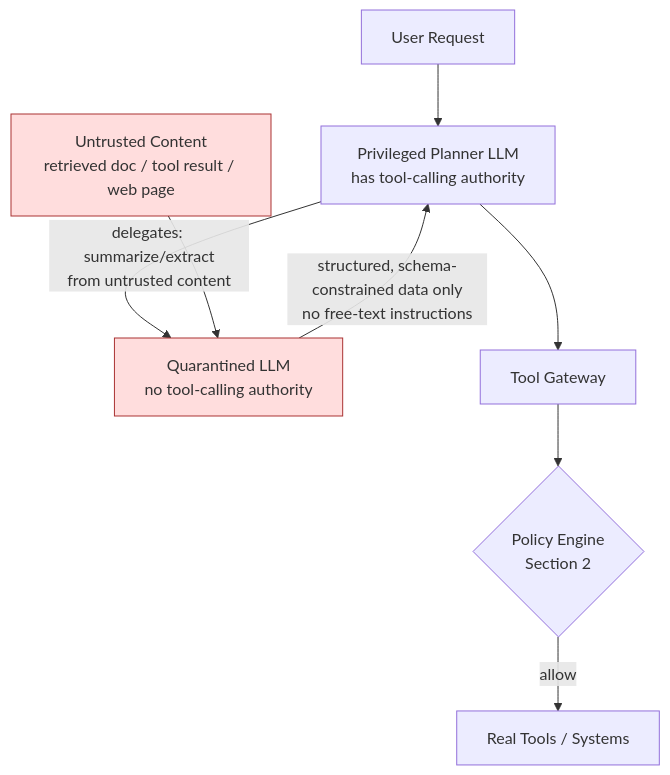
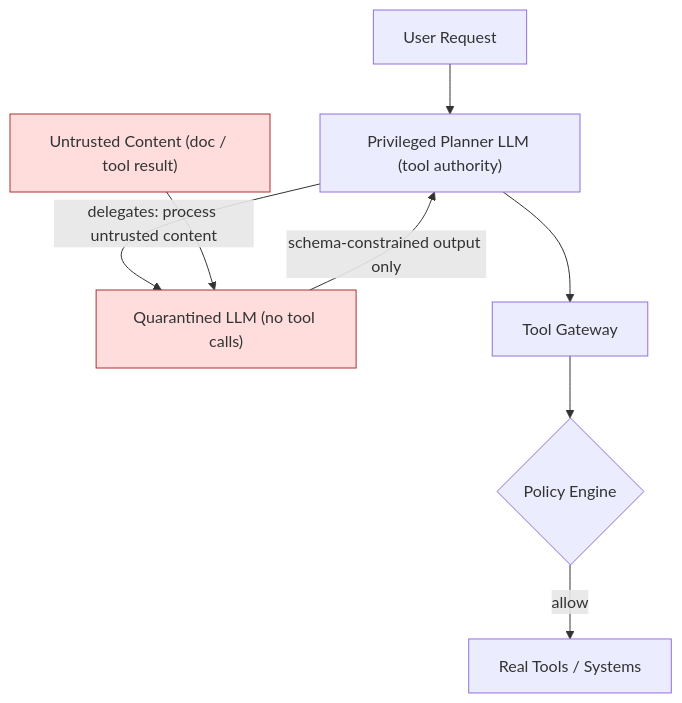
One commit to dsgouda7/ai-portfolio changed the third of 3 diagrams in learning/agentic-ai-system-design/11-governance-guardrails-and-security.md. Above: the diagram before and after it, drawn with Mermaid. The commit also changed other lines of this file and 11 other files, not shown here.

````diff
--- a/learning/agentic-ai-system-design/11-governance-guardrails-and-security.md
+++ b/learning/agentic-ai-system-design/11-governance-guardrails-and-security.md
@@ -373,12 +373,12 @@
 ```mermaid
 flowchart TD
-    User[User Request] --> Planner[Privileged Planner LLM\nhas tool-calling authority]
-    Planner -->|delegates: summarize/extract\nfrom untrusted content| Quarantine[Quarantined LLM\nno tool-calling authority]
-    Untrusted[Untrusted Content\nretrieved doc / tool result / web page] --> Quarantine
-    Quarantine -->|structured, schema-constrained data only\nno free-text instructions| Planner
-    Planner --> ToolGateway[Tool Gateway] --> PolicyCheck{Policy Engine\nSection 2}
+    User[User Request] --> Planner["Privileged Planner LLM (tool authority)"]
+    Planner -->|delegates: process untrusted content| Quarantine["Quarantined LLM (no tool calls)"]
+    Untrusted["Untrusted Content (doc / tool result)"] --> Quarantine
+    Quarantine -->|schema-constrained output only| Planner
+    Planner --> ToolGateway[Tool Gateway] --> PolicyCheck{Policy Engine}
     PolicyCheck -->|allow| Tools[Real Tools / Systems]
 
     classDef untrusted fill:#fdd,stroke:#a33,stroke-width:1px;
     class Untrusted,Quarantine untrusted
 ```
````
